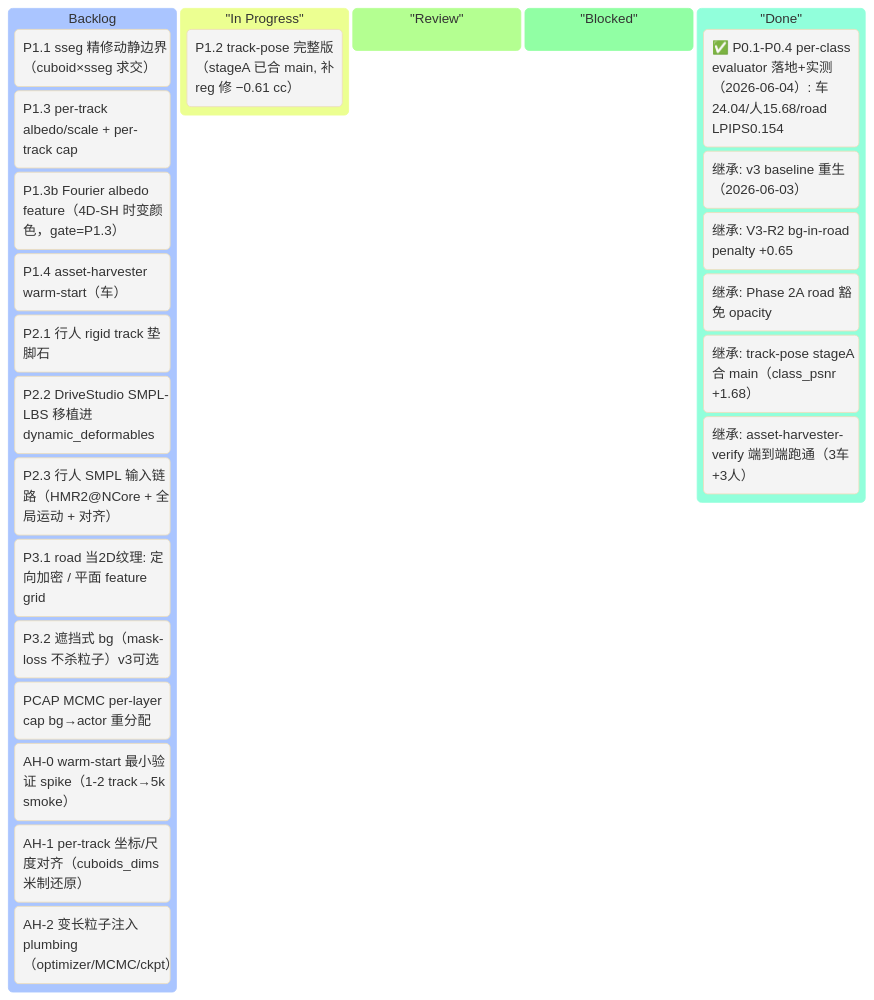
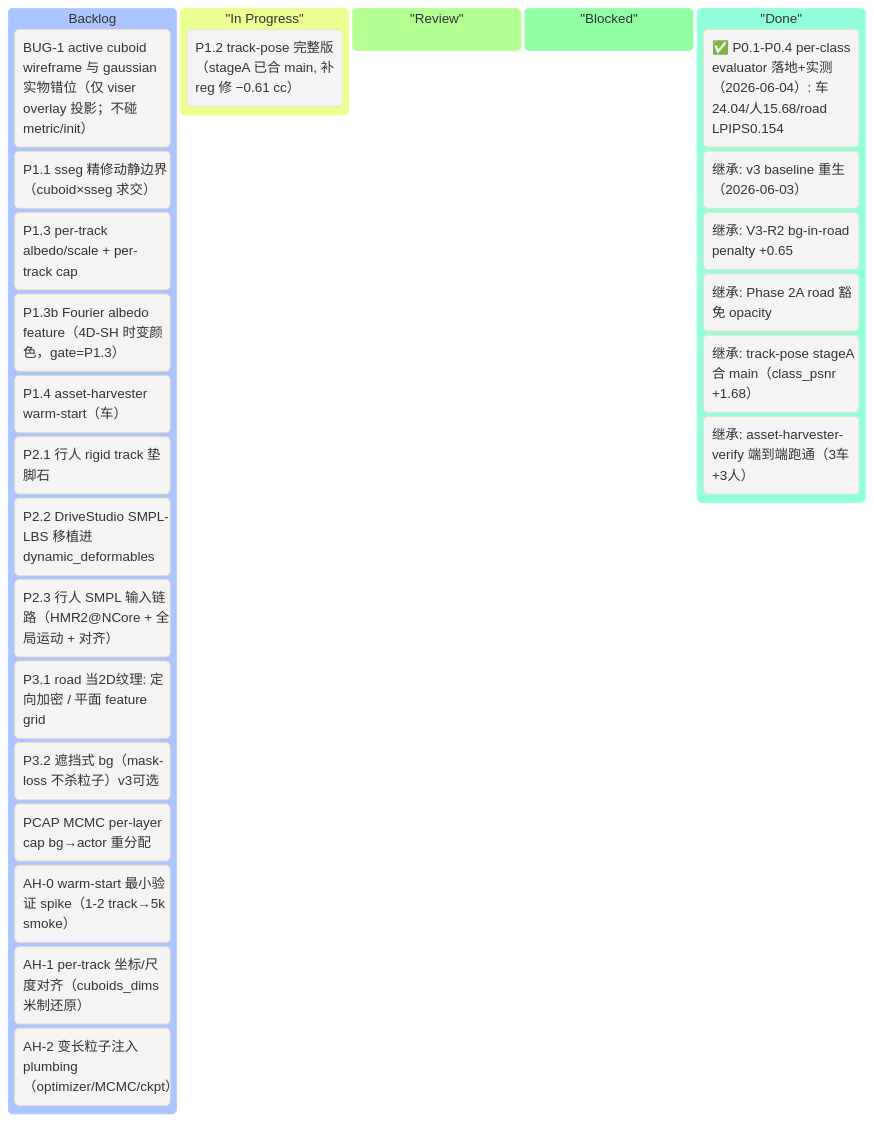
Before and after one commit to etendue/3dgrut: the first of 2 diagrams in v3_plan_revised.md, drawn with Mermaid. The commit also changed other lines of this file, not shown here.

First line of the commit message:
docs(plan): add BUG-1 active cuboid overlay 错位任务到 Backlog

````diff
--- a/v3_plan_revised.md
+++ b/v3_plan_revised.md
@@ -67,33 +67,34 @@
 ```mermaid
 %%{init: {'theme':'base'}}%%
 kanban
     Backlog
+        [BUG-1 active cuboid wireframe 与 gaussian 实物错位（仅 viser overlay 投影；不碰 metric/init）]
         [P1.1 sseg 精修动静边界（cuboid×sseg 求交）]
         [P1.3 per-track albedo/scale + per-track cap]
         [P1.3b Fourier albedo feature（4D-SH 时变颜色，gate=P1.3）]
         [P1.4 asset-harvester warm-start（车）]
         [P2.1 行人 rigid track 垫脚石]
         [P2.2 DriveStudio SMPL-LBS 移植进 dynamic_deformables]
         [P2.3 行人 SMPL 输入链路（HMR2@NCore + 全局运动 + 对齐）]
         [P3.1 road 当2D纹理: 定向加密 / 平面 feature grid]
         [P3.2 遮挡式 bg（mask-loss 不杀粒子）v3可选]
         [PCAP MCMC per-layer cap bg→actor 重分配]
         [AH-0 warm-start 最小验证 spike（1-2 track→5k smoke）]
         [AH-1 per-track 坐标/尺度对齐（cuboids_dims 米制还原）]
         [AH-2 变长粒子注入 plumbing（optimizer/MCMC/ckpt）]
 
     "In Progress"
         [P1.2 track-pose 完整版（stageA 已合 main, 补 reg 修 −0.61 cc）]
 
     "Review"
 
     "Blocked"
 
     "Done"
         [✅ P0.1-P0.4 per-class evaluator 落地+实测（2026-06-04）: 车24.04/人15.68/road LPIPS0.154]
         [继承: v3 baseline 重生（2026-06-03）]
         [继承: V3-R2 bg-in-road penalty +0.65]
         [继承: Phase 2A road 豁免 opacity]
         [继承: track-pose stageA 合 main（class_psnr +1.68）]
         [继承: asset-harvester-verify 端到端跑通（3车+3人）]
 ```
````
